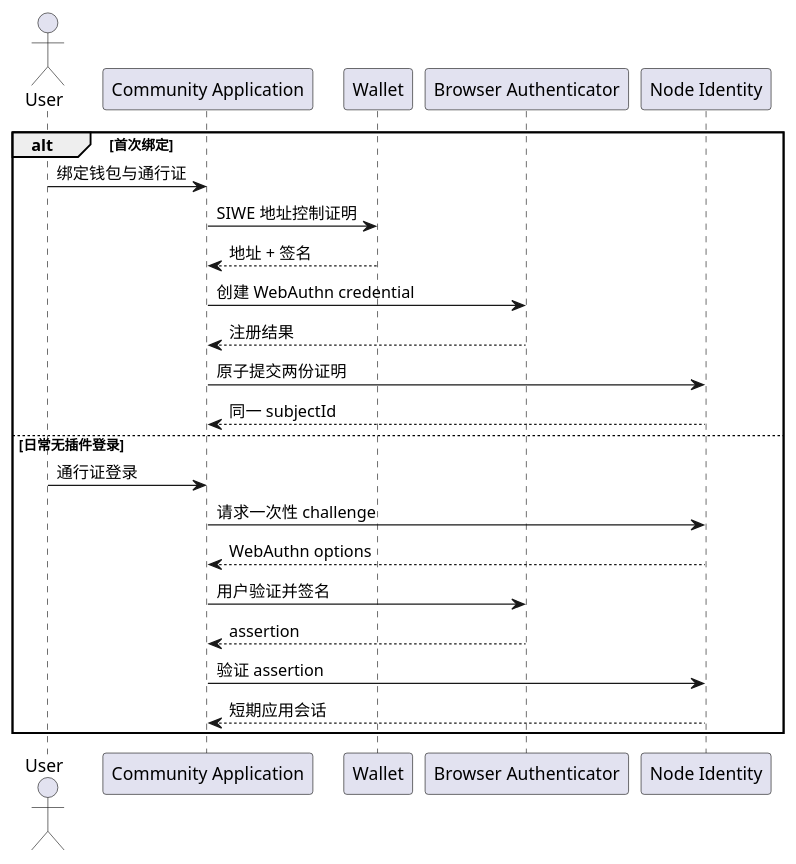
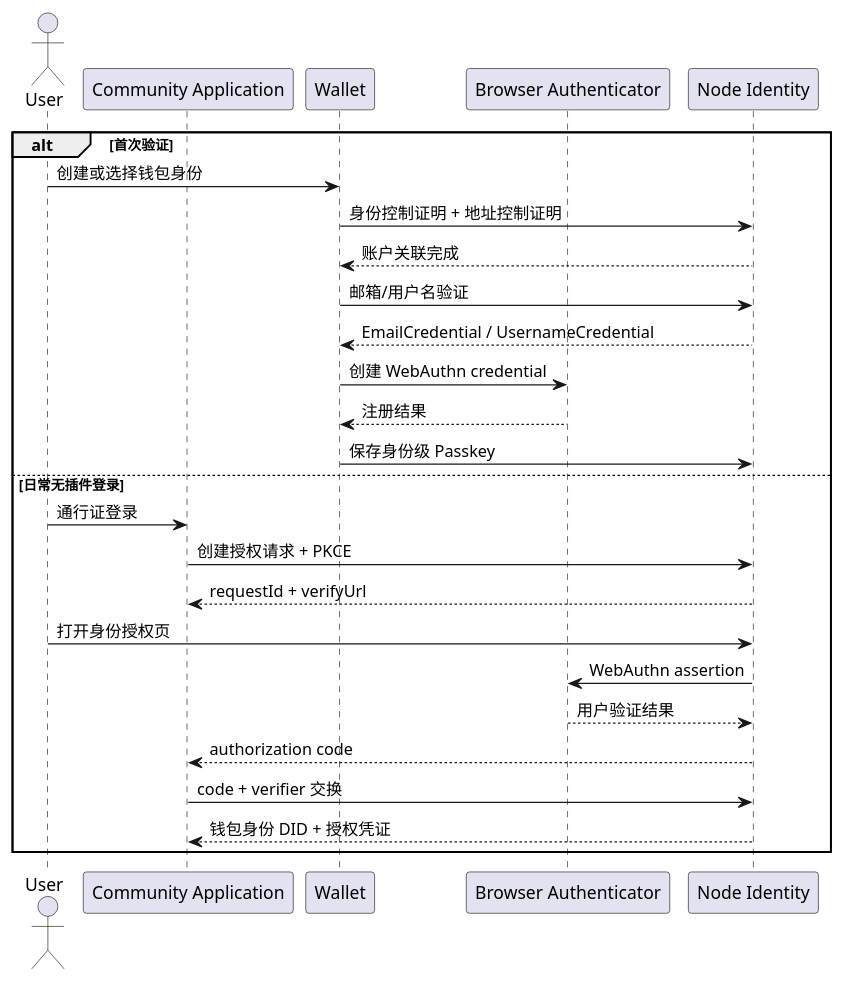
The second of 4 diagrams in docs/钱包架构V2.md (yeying-community/wallet), drawn with PlantUML before and after one commit. The commit also changed other lines of this file and 22 other files, not shown here.

````diff
--- a/docs/钱包架构V2.md
+++ b/docs/钱包架构V2.md
@@ -85,27 +85,30 @@
 ```plantuml
 @startuml wallet-v2-login
 actor User
 participant "Community Application" as App
 participant "Wallet" as Wallet
 participant "Browser Authenticator" as Passkey
 participant "Node Identity" as Node
 
-alt 首次绑定
-  User -> App : 绑定钱包与通行证
-  App -> Wallet : SIWE 地址控制证明
-  Wallet --> App : 地址 + 签名
-  App -> Passkey : 创建 WebAuthn credential
-  Passkey --> App : 注册结果
-  App -> Node : 原子提交两份证明
-  Node --> App : 同一 subjectId
+alt 首次验证
+  User -> Wallet : 创建或选择钱包身份
+  Wallet -> Node : 身份控制证明 + 地址控制证明
+  Node --> Wallet : 账户关联完成
+  Wallet -> Node : 邮箱/用户名验证
+  Node --> Wallet : EmailCredential / UsernameCredential
+  Wallet -> Passkey : 创建 WebAuthn credential
+  Passkey --> Wallet : 注册结果
+  Wallet -> Node : 保存身份级 Passkey
 else 日常无插件登录
   User -> App : 通行证登录
-  App -> Node : 请求一次性 challenge
-  Node --> App : WebAuthn options
-  App -> Passkey : 用户验证并签名
-  Passkey --> App : assertion
-  App -> Node : 验证 assertion
-  Node --> App : 短期应用会话
+  App -> Node : 创建授权请求 + PKCE
+  Node --> App : requestId + verifyUrl
+  User -> Node : 打开身份授权页
+  Node -> Passkey : WebAuthn assertion
+  Passkey --> Node : 用户验证结果
+  Node --> App : authorization code
+  App -> Node : code + verifier 交换
+  Node --> App : 钱包身份 DID + 授权凭证
 end
 @enduml
 ```
````
